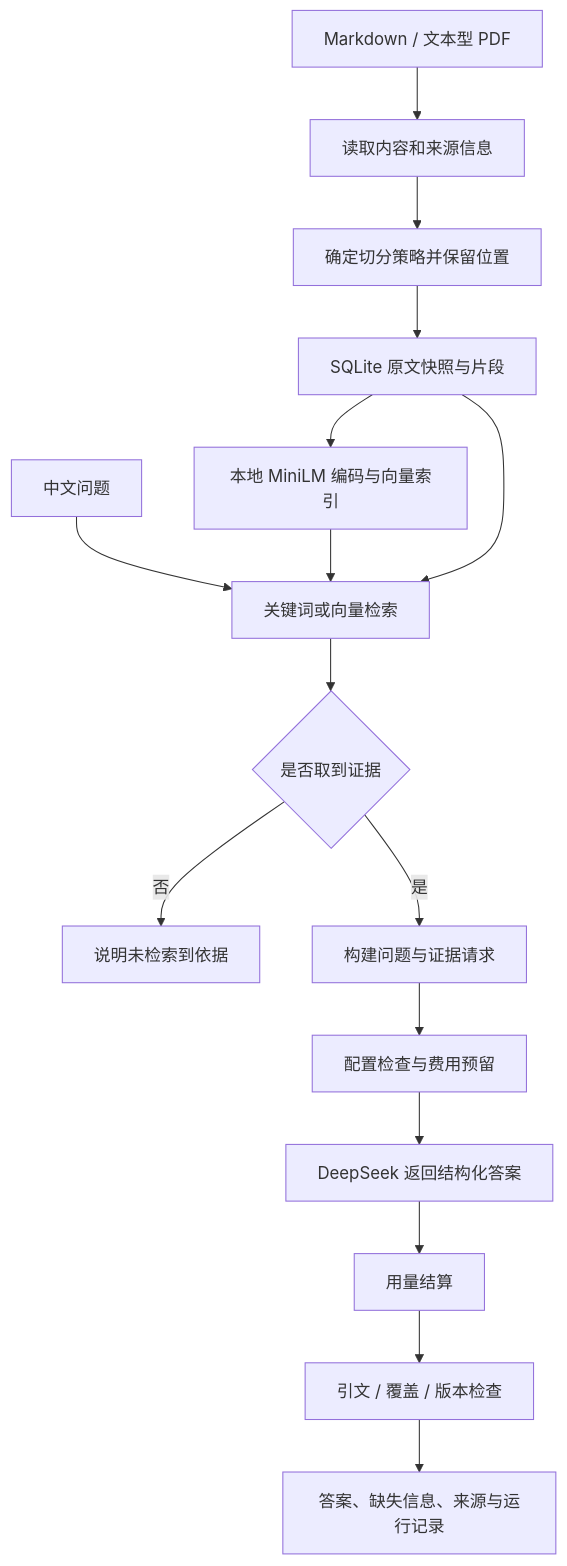
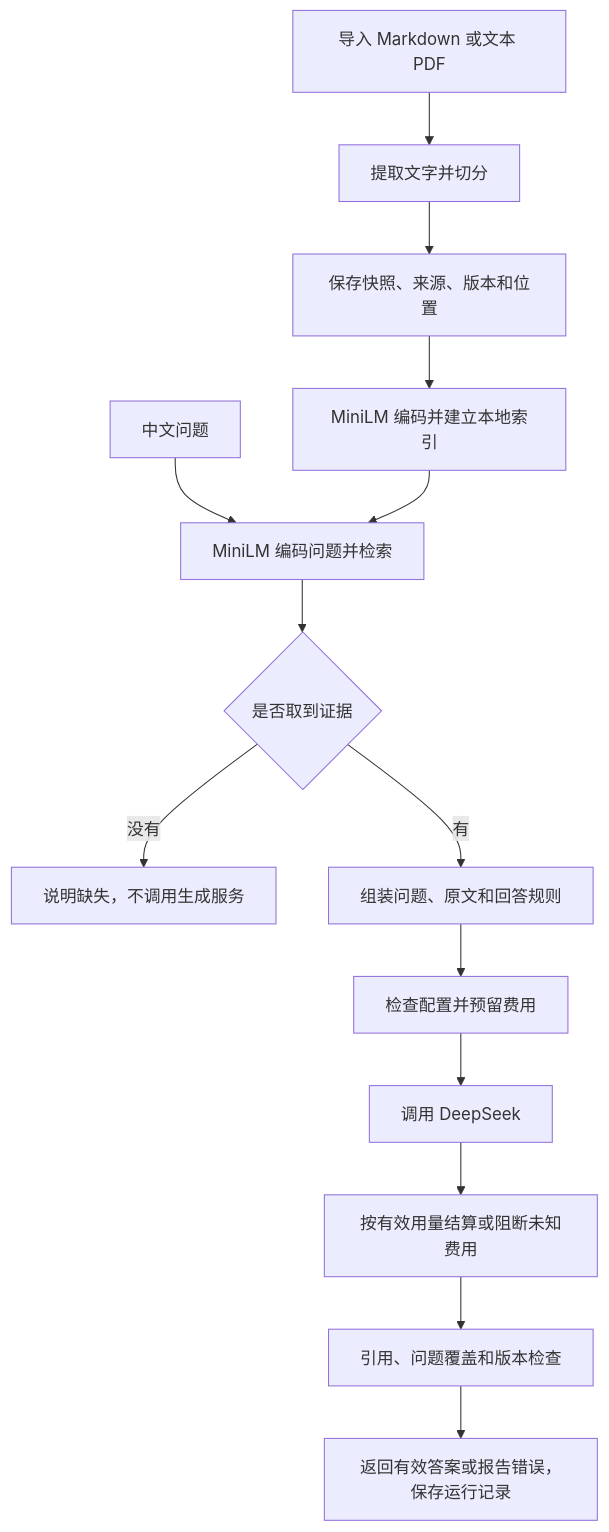
The diagram in docs/project-audit-and-learning-20260911.md (lingjiang141/Safety-Knowledge-Research-Assistant), drawn with Mermaid before and after one commit. The commit also changed other lines of this file and 38 other files, not shown here.

````diff
--- a/docs/project-audit-and-learning-20260911.md
+++ b/docs/project-audit-and-learning-20260911.md
@@ -72,18 +103,16 @@
 ```mermaid
 flowchart TD
-    A[Markdown / 文本型 PDF] --> B[读取内容和来源信息]
-    B --> C[确定切分策略并保留位置]
-    C --> D[SQLite 原文快照与片段]
-    D --> E[本地 MiniLM 编码与向量索引]
-    Q[中文问题] --> R[关键词或向量检索]
-    E --> R
-    D --> R
-    R --> S{是否取到证据}
-    S -->|否| T[说明未检索到依据]
-    S -->|是| U[构建问题与证据请求]
-    U --> V[配置检查与费用预留]
-    V --> W[DeepSeek 返回结构化答案]
-    W --> X[用量结算]
-    X --> Y[引文 / 覆盖 / 版本检查]
-    Y --> Z[答案、缺失信息、来源与运行记录]
+    A[导入 Markdown 或文本 PDF] --> B[提取文字并切分]
+    B --> C[保存快照、来源、版本和位置]
+    C --> D[MiniLM 编码并建立本地索引]
+    Q[中文问题] --> E[MiniLM 编码问题并检索]
+    D --> E
+    E --> F{是否取到证据}
+    F -->|没有| G[说明缺失，不调用生成服务]
+    F -->|有| H[组装问题、原文和回答规则]
+    H --> I[检查配置并预留费用]
+    I --> J[调用 DeepSeek]
+    J --> K[按有效用量结算或阻断未知费用]
+    K --> L[引用、问题覆盖和版本检查]
+    L --> M[返回有效答案或报告错误，保存运行记录]
 ```
````
